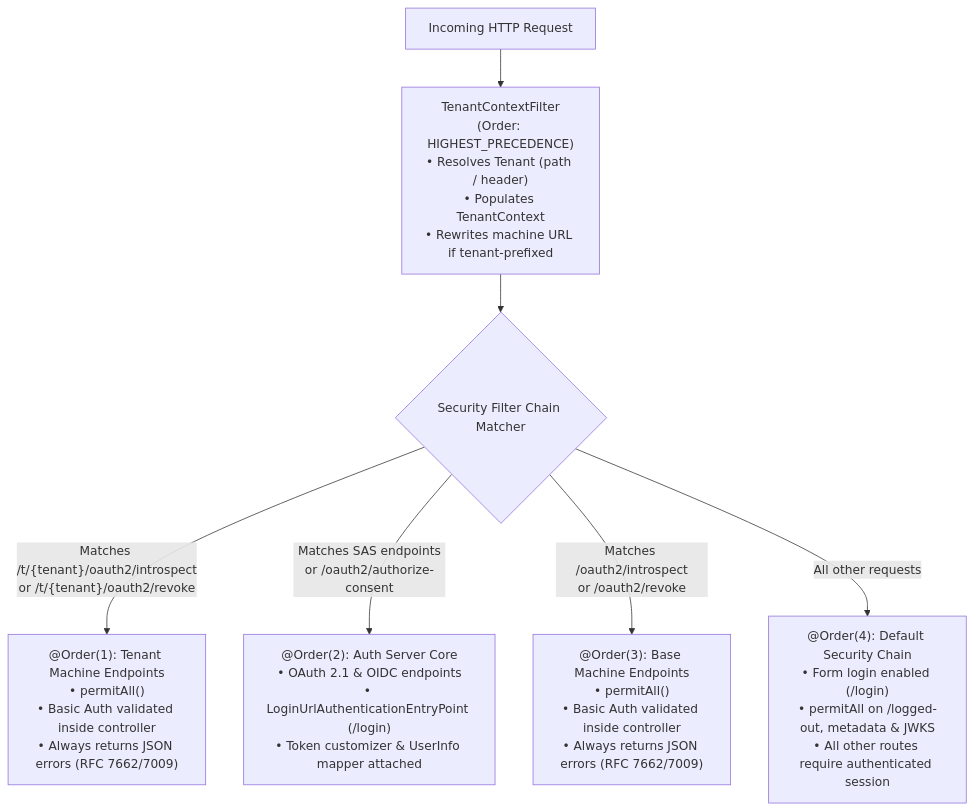
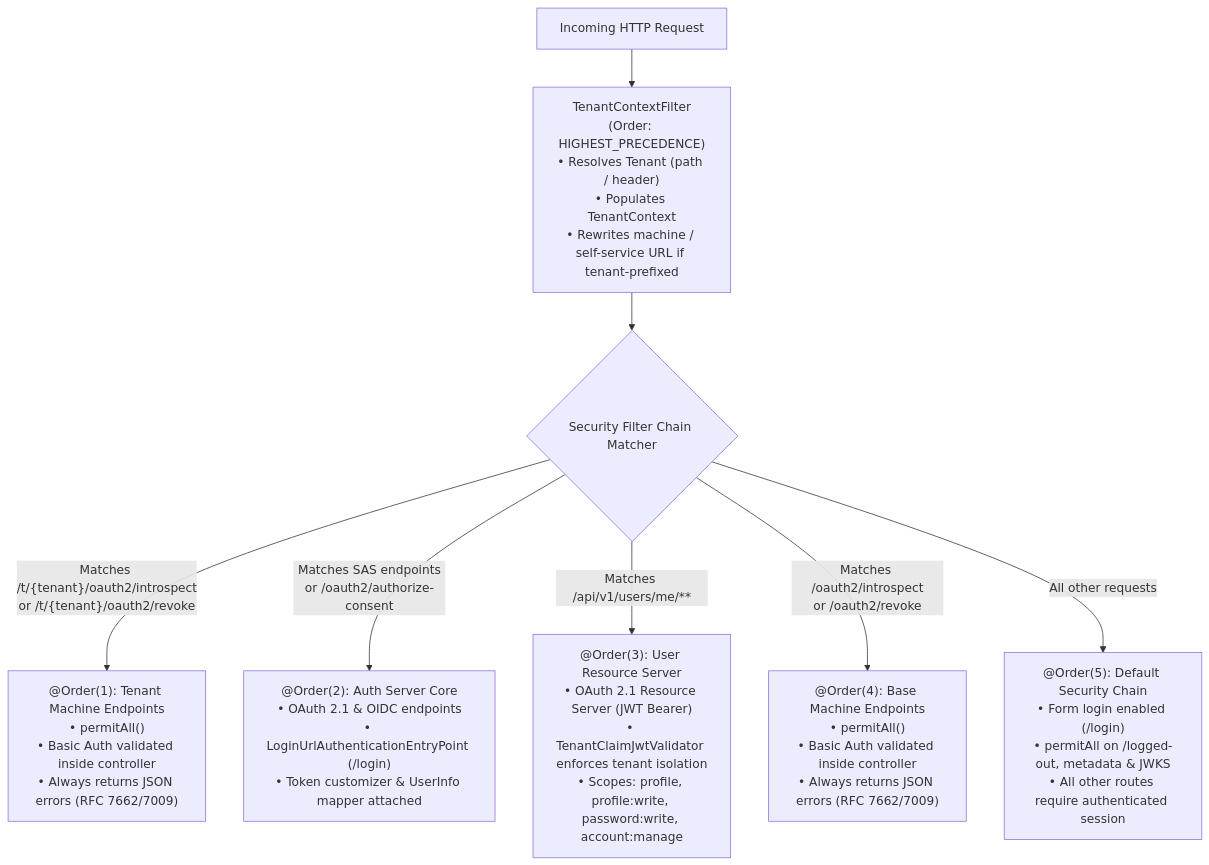
Before and after one commit to edmaputra/ed-idp: the second of 7 diagrams in docs/architecture/00-architecture.md, drawn with Mermaid. The commit also changed other lines of this file and 30 other files, not shown here.

First line of the commit message:
feat(users): add multi-tenant user profile and credential self-service

````diff
--- a/docs/architecture/00-architecture.md
+++ b/docs/architecture/00-architecture.md
@@ -82,14 +82,16 @@
 ```mermaid
 flowchart TD
-    Req["Incoming HTTP Request"] --> TCF["TenantContextFilter\n(Order: HIGHEST_PRECEDENCE)\n• Resolves Tenant (path / header)\n• Populates TenantContext\n• Rewrites machine URL if tenant-prefixed"]
+    Req["Incoming HTTP Request"] --> TCF["TenantContextFilter\n(Order: HIGHEST_PRECEDENCE)\n• Resolves Tenant (path / header)\n• Populates TenantContext\n• Rewrites machine / self-service URL if tenant-prefixed"]
 
     TCF --> Router{"Security Filter Chain Matcher"}
 
     Router -- "Matches /t/{tenant}/oauth2/introspect\nor /t/{tenant}/oauth2/revoke" --> Chain1["@Order(1): Tenant Machine Endpoints\n• permitAll()\n• Basic Auth validated inside controller\n• Always returns JSON errors (RFC 7662/7009)"]
 
     Router -- "Matches SAS endpoints\nor /oauth2/authorize-consent" --> Chain2["@Order(2): Auth Server Core\n• OAuth 2.1 & OIDC endpoints\n• LoginUrlAuthenticationEntryPoint (/login)\n• Token customizer & UserInfo mapper attached"]
 
-    Router -- "Matches /oauth2/introspect\nor /oauth2/revoke" --> Chain3["@Order(3): Base Machine Endpoints\n• permitAll()\n• Basic Auth validated inside controller\n• Always returns JSON errors (RFC 7662/7009)"]
+    Router -- "Matches /api/v1/users/me/**" --> Chain3["@Order(3): User Resource Server\n• OAuth 2.1 Resource Server (JWT Bearer)\n• TenantClaimJwtValidator enforces tenant isolation\n• Scopes: profile, profile:write, password:write, account:manage"]
 
-    Router -- "All other requests" --> Chain4["@Order(4): Default Security Chain\n• Form login enabled (/login)\n• permitAll on /logged-out, metadata & JWKS\n• All other routes require authenticated session"]
+    Router -- "Matches /oauth2/introspect\nor /oauth2/revoke" --> Chain4["@Order(4): Base Machine Endpoints\n• permitAll()\n• Basic Auth validated inside controller\n• Always returns JSON errors (RFC 7662/7009)"]
+
+    Router -- "All other requests" --> Chain5["@Order(5): Default Security Chain\n• Form login enabled (/login)\n• permitAll on /logged-out, metadata & JWKS\n• All other routes require authenticated session"]
 ```
````
